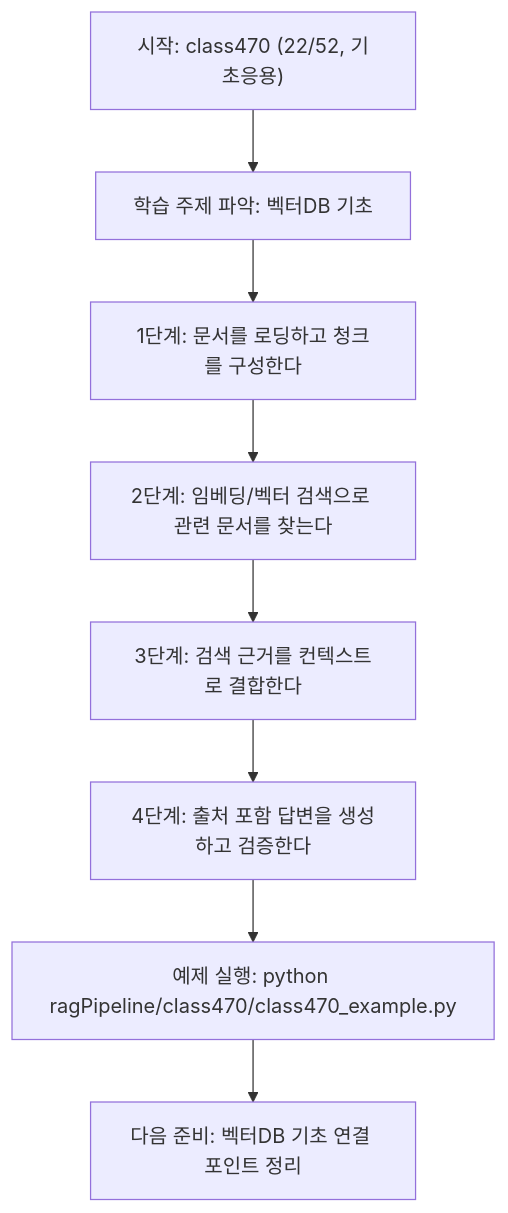
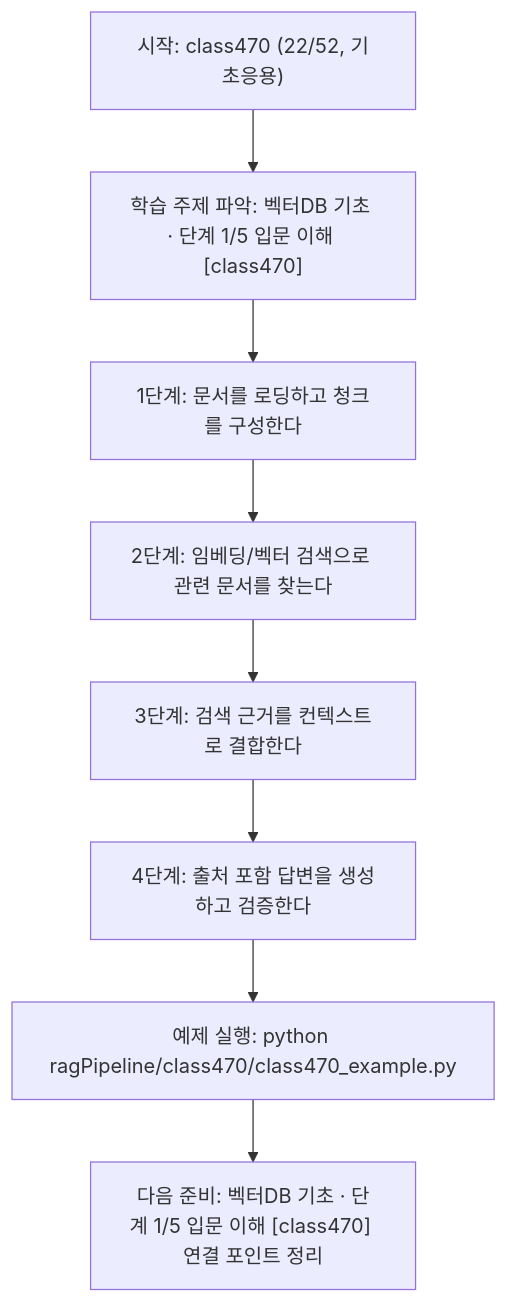
One commit to edumgt/Python-AI_Agent-Class changed the diagram in ragPipeline/class470/class470.md. Above: the diagram before and after it, drawn with Mermaid. The commit also changed other lines of this file and 522 other files, not shown here.

````diff
--- a/ragPipeline/class470/class470.md
+++ b/ragPipeline/class470/class470.md
@@ -110,18 +111,18 @@
 ```mermaid
 flowchart TD
 N1["시작: class470 (22/52, 기초응용)"]
-N2["학습 주제 파악: 벡터DB 기초"]
+N2["학습 주제 파악: 벡터DB 기초 · 단계 1/5 입문 이해 [class470]"]
 N3["1단계: 문서를 로딩하고 청크를 구성한다"]
 N4["2단계: 임베딩/벡터 검색으로 관련 문서를 찾는다"]
 N5["3단계: 검색 근거를 컨텍스트로 결합한다"]
 N6["4단계: 출처 포함 답변을 생성하고 검증한다"]
 N7["예제 실행: python ragPipeline/class470/class470_example.py"]
-N8["다음 준비: 벡터DB 기초 연결 포인트 정리"]
+N8["다음 준비: 벡터DB 기초 · 단계 1/5 입문 이해 [class470] 연결 포인트 정리"]
 N1 --> N2
 N2 --> N3
 N3 --> N4
 N4 --> N5
 N5 --> N6
 N6 --> N7
 N7 --> N8
 ```
````
